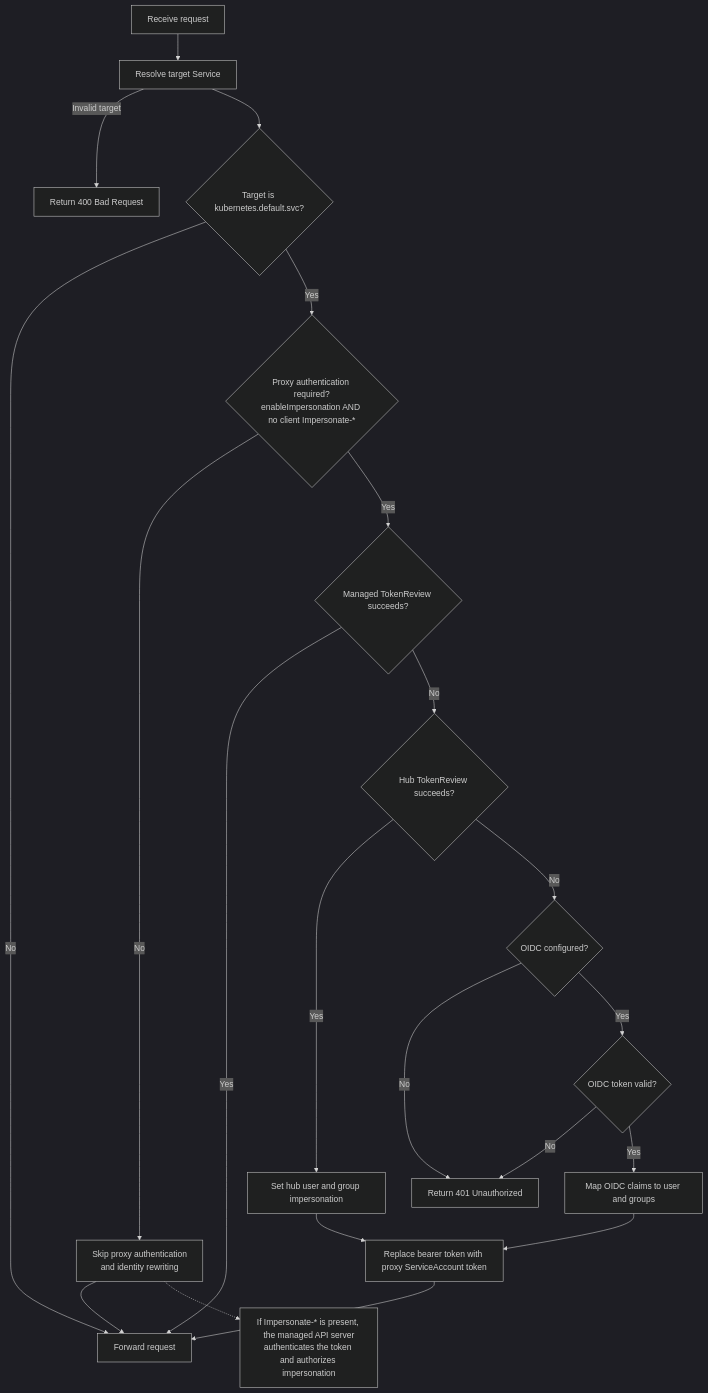
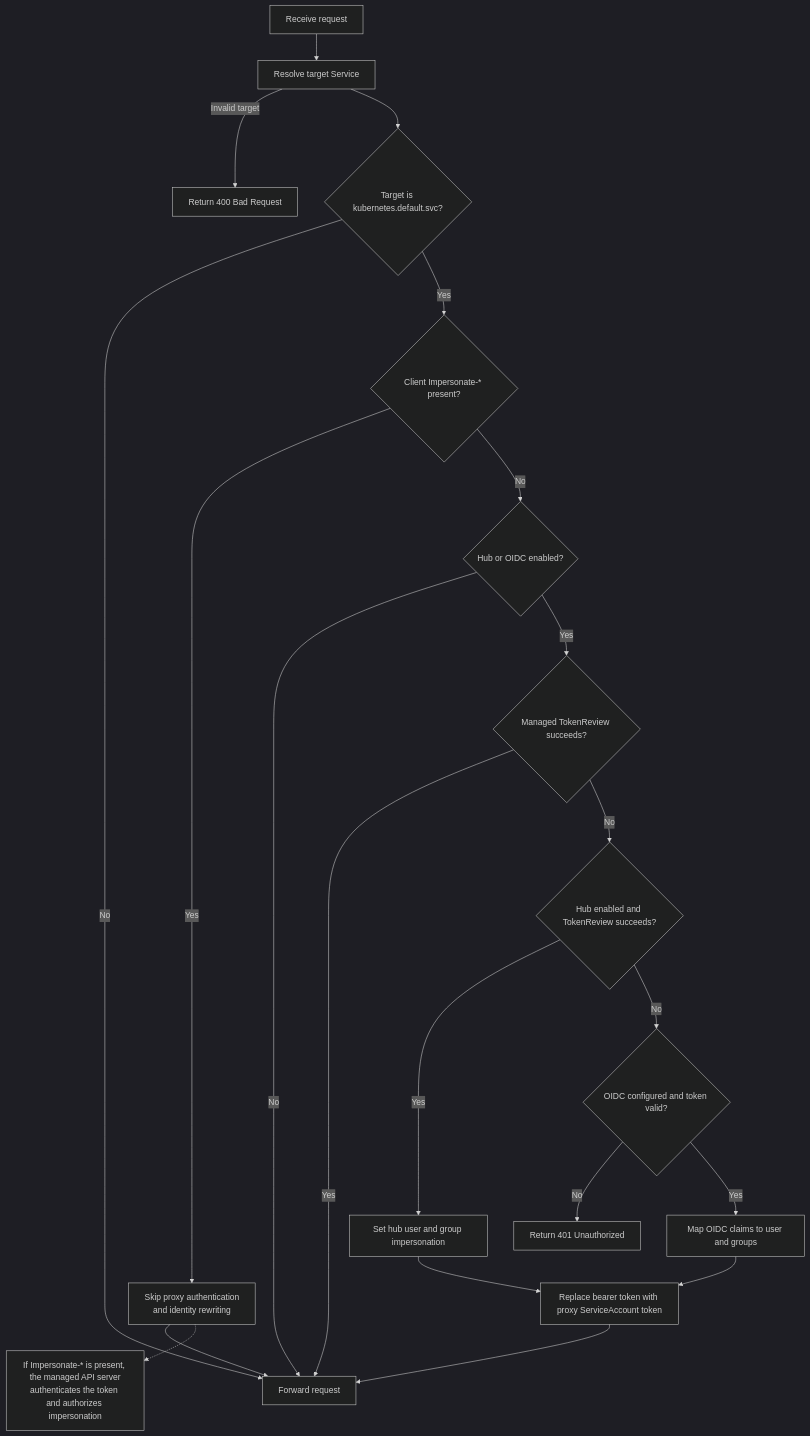
The diagram in pkg/serviceproxy/readme.md (open-cluster-management-io/cluster-proxy), drawn with Mermaid (dark theme) before and after one commit. The commit also changed other lines of this file and 23 other files, not shown here.

````diff
--- a/pkg/serviceproxy/readme.md
+++ b/pkg/serviceproxy/readme.md
@@ -47,23 +49,23 @@
 ```mermaid
 flowchart TD
     A[Receive request] --> B[Resolve target Service]
     B -->|Invalid target| C[Return 400 Bad Request]
     B --> D{Target is kubernetes.default.svc?}
     D -->|No| P[Forward request]
-    D -->|Yes| E{Proxy authentication required?<br/>enableImpersonation AND no client Impersonate-*}
-    E -->|No| Q[Skip proxy authentication<br/>and identity rewriting]
+    D -->|Yes| E{Client Impersonate-* present?}
+    E -->|Yes| Q[Skip proxy authentication<br/>and identity rewriting]
     Q --> P
     Q -.-> R[If Impersonate-* is present, the managed API server<br/>authenticates the token and authorizes impersonation]
-    E -->|Yes| G{Managed TokenReview succeeds?}
+    E -->|No| F{Hub or OIDC enabled?}
+    F -->|No| P
+    F -->|Yes| G{Managed TokenReview succeeds?}
     G -->|Yes| P
-    G -->|No| H{Hub TokenReview succeeds?}
+    G -->|No| H{Hub enabled and TokenReview succeeds?}
     H -->|Yes| I[Set hub user and group impersonation]
-    H -->|No| J{OIDC configured?}
+    H -->|No| J{OIDC configured and token valid?}
     J -->|No| U[Return 401 Unauthorized]
-    J -->|Yes| K{OIDC token valid?}
-    K -->|No| U
-    K -->|Yes| L[Map OIDC claims to user and groups]
+    J -->|Yes| L[Map OIDC claims to user and groups]
     I --> M[Replace bearer token with proxy ServiceAccount token]
     L --> M
     M --> P
 ```
````
